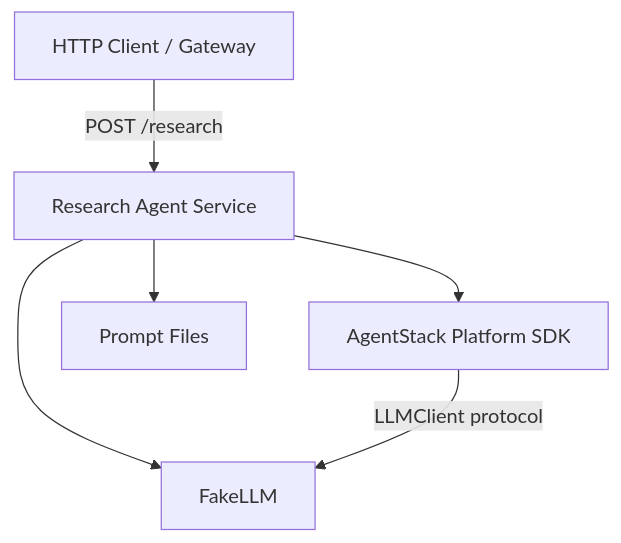
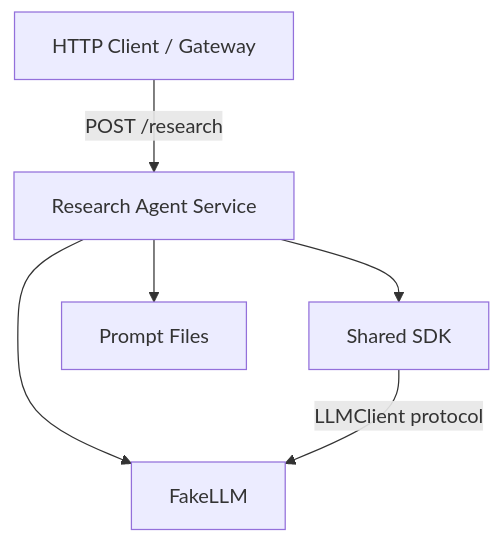
Before and after one commit to raranjan/agents: the first of 2 diagrams in docs/architecture.md, drawn with Mermaid. The commit also changed other lines of this file and 42 other files, not shown here.

````diff
--- a/docs/architecture.md
+++ b/docs/architecture.md
@@ -7,14 +7,14 @@
 ```mermaid
 flowchart TB
     Client[HTTP Client / Gateway]
     Research[Research Agent Service]
-    Platform[AgentStack Platform SDK]
+    Shared[Shared SDK]
     Prompts[Prompt Files]
     FakeLLM[FakeLLM]
 
     Client -->|POST /research| Research
-    Research --> Platform
+    Research --> Shared
     Research --> Prompts
     Research --> FakeLLM
-    Platform -->|LLMClient protocol| FakeLLM
+    Shared -->|LLMClient protocol| FakeLLM
 ```
````
